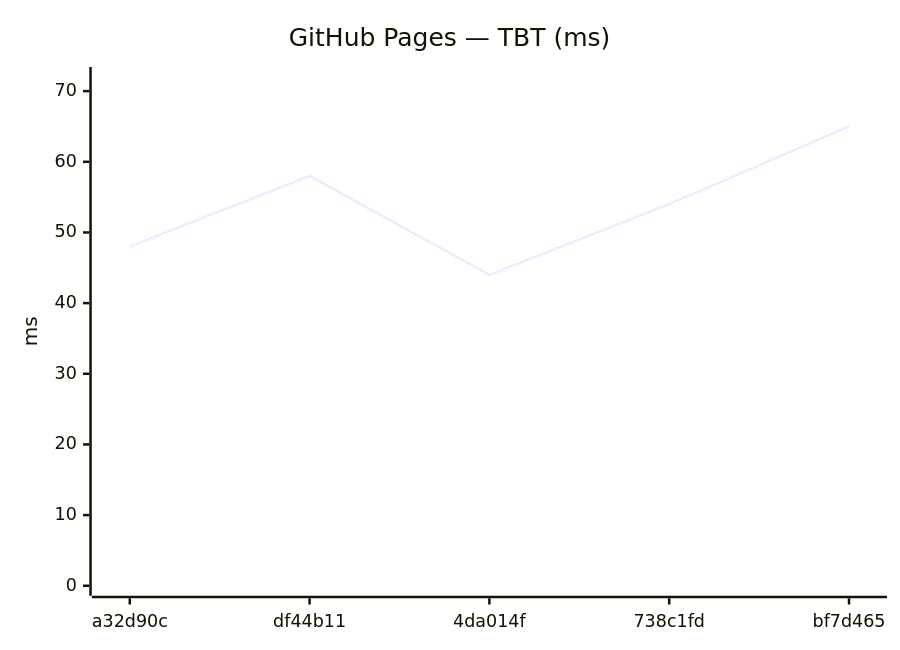
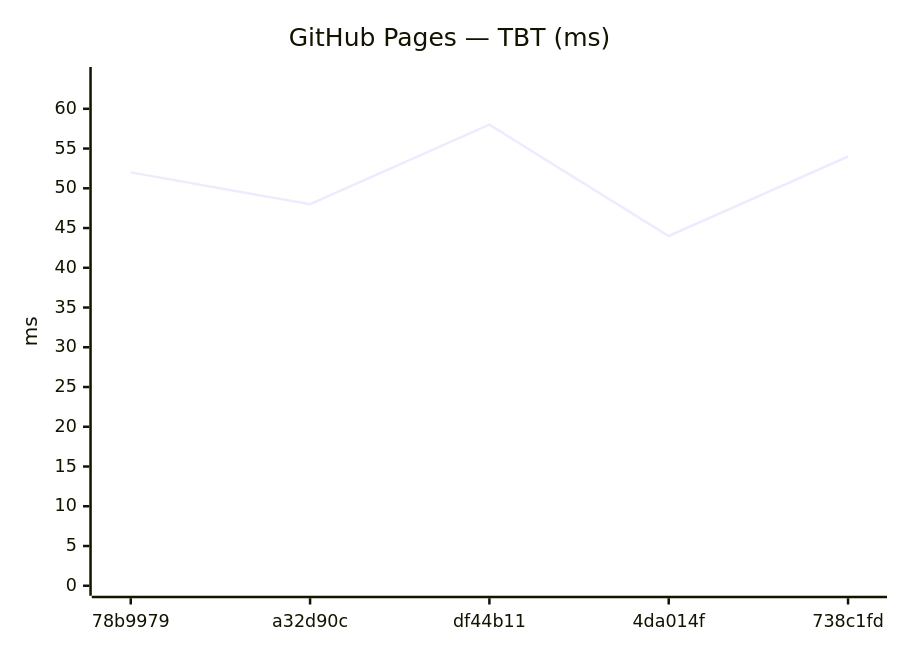
Diagram 12 of 24 in benchmarks/compare.md (Metaheurist/Rianell), drawn with Mermaid before and after one commit. The commit also changed other lines of this file and 12 other files, not shown here.

````diff
--- a/benchmarks/compare.md
+++ b/benchmarks/compare.md
@@ -176,7 +176,7 @@
 ```mermaid
 xychart-beta
     title "GitHub Pages — TBT (ms)"
-    x-axis ["a32d90c", "df44b11", "4da014f", "738c1fd", "bf7d465"]
-    y-axis "ms" 0 --> 72
-    line [48, 58, 44, 54, 65]
+    x-axis ["78b9979", "a32d90c", "df44b11", "4da014f", "738c1fd"]
+    y-axis "ms" 0 --> 64
+    line [52, 48, 58, 44, 54]
 ```
````
